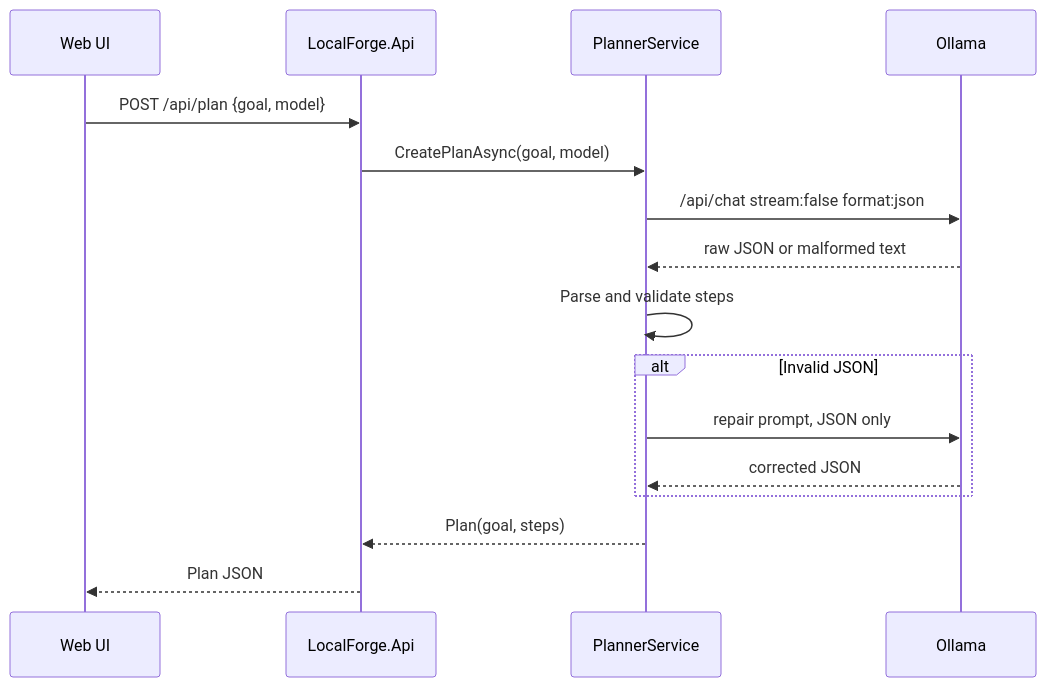
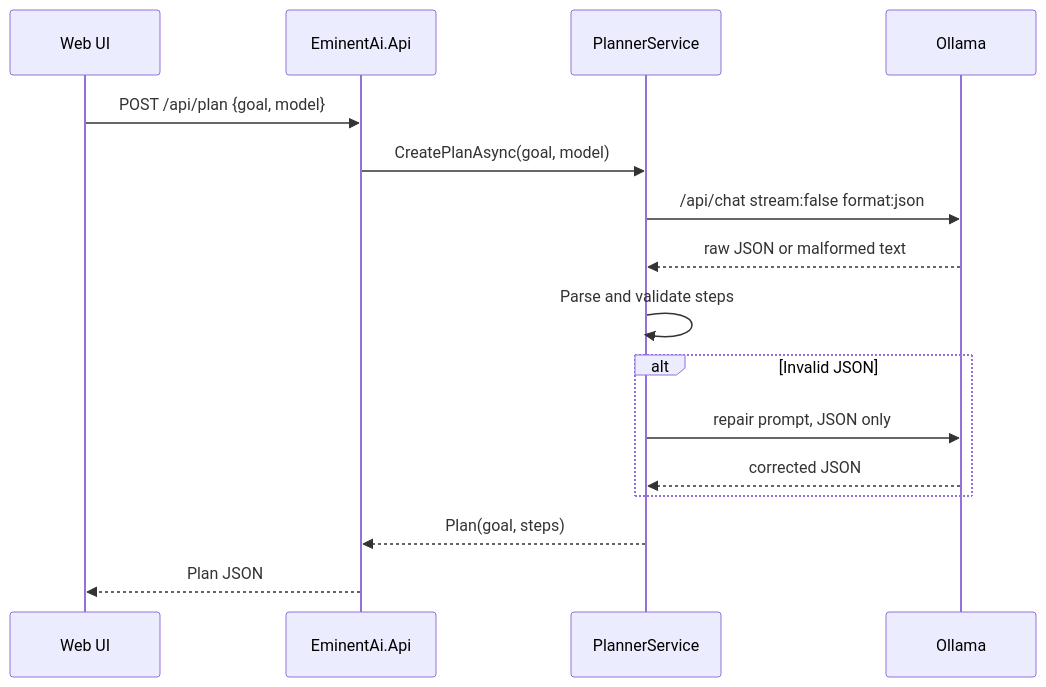
One commit to ekanatha-urivakili/EminentAiAgent changed the seventh of 16 diagrams in docs/AIAGENT_ARCHITECTURE.md. Above: the diagram before and after it, drawn with Mermaid. The commit also changed other lines of this file and 345 other files, not shown here.

````diff
--- a/docs/AIAGENT_ARCHITECTURE.md
+++ b/docs/AIAGENT_ARCHITECTURE.md
@@ -424,19 +424,19 @@
 ```mermaid
 sequenceDiagram
     participant Web as Web UI
-    participant Api as LocalForge.Api
+    participant Api as EminentAi.Api
     participant Planner as PlannerService
     participant Ollama as Ollama
 
     Web->>Api: POST /api/plan {goal, model}
     Api->>Planner: CreatePlanAsync(goal, model)
     Planner->>Ollama: /api/chat stream:false format:json
     Ollama-->>Planner: raw JSON or malformed text
     Planner->>Planner: Parse and validate steps
     alt Invalid JSON
         Planner->>Ollama: repair prompt, JSON only
         Ollama-->>Planner: corrected JSON
     end
     Planner-->>Api: Plan(goal, steps)
     Api-->>Web: Plan JSON
 ```
````
